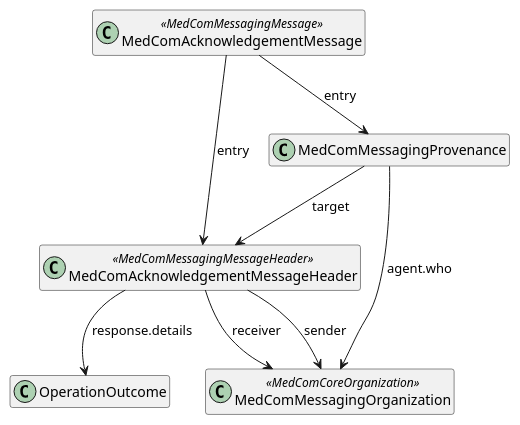
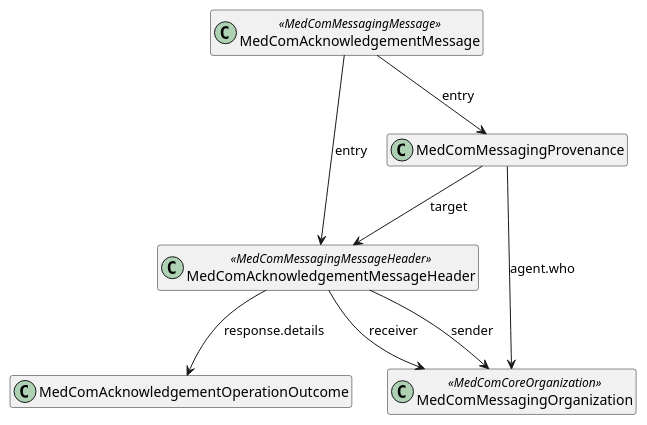
One commit to medcomdk/dk-medcom-acknowledgement changed the diagram in puml/Acknowledgement.puml. Above: the diagram before and after it, drawn with PlantUML. The commit also changed 10 other files, not shown here.

First line of the commit message:
Added MedComAcknowledgementOperationOutcome

```diff
--- a/puml/Acknowledgement.puml
+++ b/puml/Acknowledgement.puml
@@ -1,19 +1,19 @@
 @startuml MedComAcknowledgementMessage
 
 hide empty members
 
 class "MedComAcknowledgementMessage" as message <<MedComMessagingMessage>>
 class "MedComAcknowledgementMessageHeader" as messageHeader <<MedComMessagingMessageHeader>>
 class "MedComMessagingOrganization" as organization <<MedComCoreOrganization>>
 class "MedComMessagingProvenance" as provenance
-class "OperationOutcome" as outcome
+class "MedComAcknowledgementOperationOutcome" as outcome
 
 message --> messageHeader : "entry"
 message --> provenance : "entry"
 provenance --> messageHeader : "target"
 provenance --> organization : "agent.who"
 
 messageHeader --> organization : "sender"
 messageHeader --> organization : "receiver"
 messageHeader --> outcome : "response.details"
 @enduml
```
